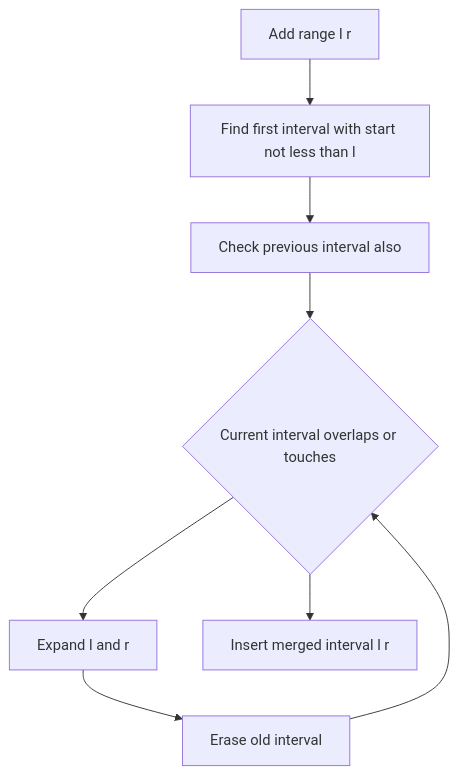
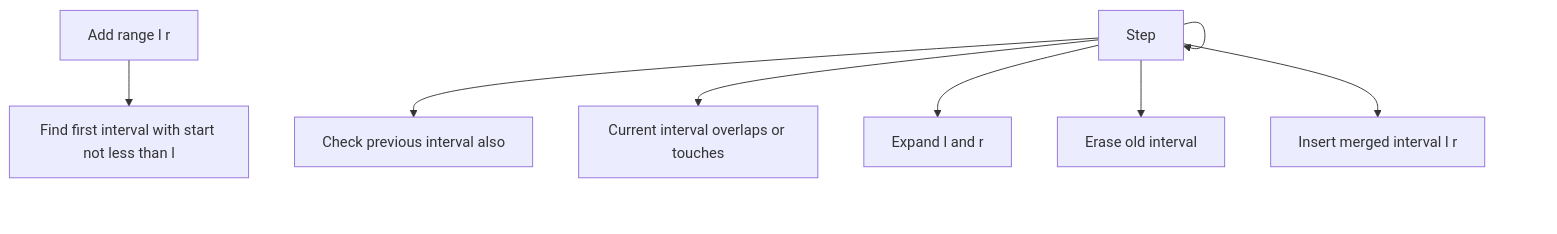
One commit to mthaiseer/springcloud-systemdesign-notes changed the ninth of 35 diagrams in CP_DSA_NOTES/001_TOPIC_WISE/001_STL_RANGE_QUERY_SWEEPLINE.md. Above: the diagram before and after it, drawn with Mermaid. The commit also changed other lines of this file and 1 other file, not shown here.

````diff
--- a/CP_DSA_NOTES/001_TOPIC_WISE/001_STL_RANGE_QUERY_SWEEPLINE.md
+++ b/CP_DSA_NOTES/001_TOPIC_WISE/001_STL_RANGE_QUERY_SWEEPLINE.md
@@ -640,10 +640,10 @@
 ```mermaid
 flowchart TD
-    A["Add range l r"] --> B["Find first interval with start not less than l"]
-    B --> C["Check previous interval also"]
-    C --> D{"Current interval overlaps or touches"}
-    D --> E["Expand l and r"]
-    E --> F["Erase old interval"]
-    F --> D
-    D --> G["Insert merged interval l r"]
+    N1["Add range l r"] --> N2["Find first interval with start not less than l"]
+    N3["Step"] --> N4["Check previous interval also"]
+    N3["Step"] --> N5["Current interval overlaps or touches"]
+    N3["Step"] --> N6["Expand l and r"]
+    N3["Step"] --> N7["Erase old interval"]
+    N3["Step"] --> N3["Step"]
+    N3["Step"] --> N8["Insert merged interval l r"]
 ```
````
